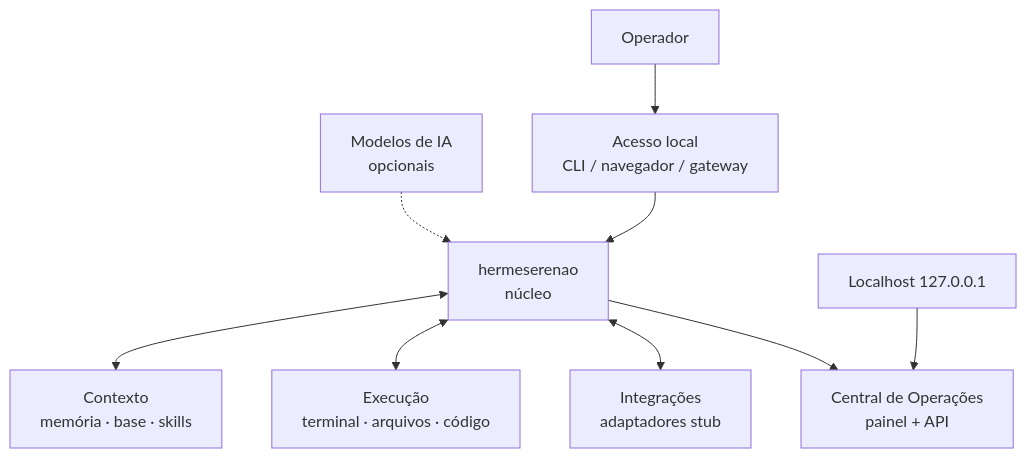
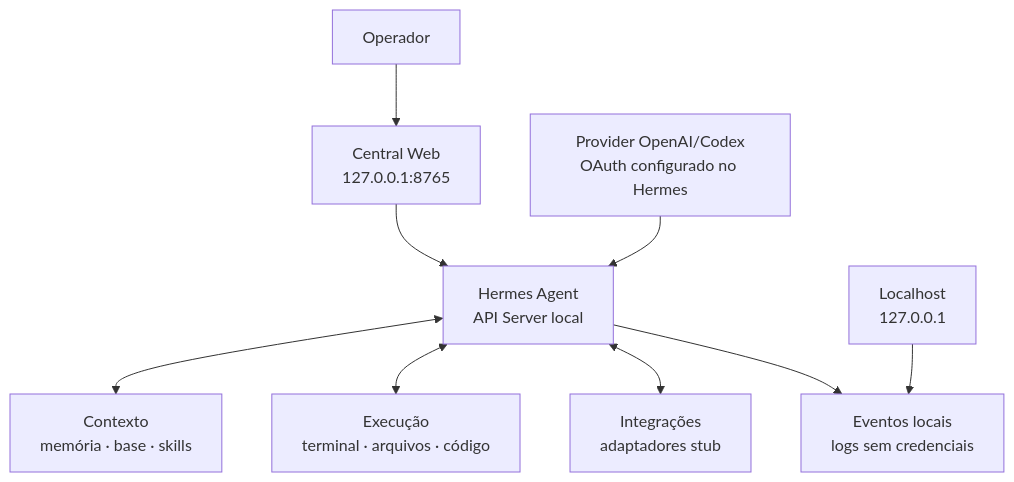
One commit to RenanBetioli/hermeserenao changed the diagram in docs/ARCHITECTURE.md. Above: the diagram before and after it, drawn with Mermaid. The commit also changed other lines of this file and 10 other files, not shown here.

Commit message:
Connect local dashboard to Hermes Agent API

````diff
--- a/docs/ARCHITECTURE.md
+++ b/docs/ARCHITECTURE.md
@@ -5,11 +5,11 @@
 ```mermaid
 flowchart TB
-  USER["Operador"] --> ACCESS["Acesso local<br>CLI / navegador / gateway"]
-  MODELS["Modelos de IA<br>opcionais"] -.-> CORE
-  ACCESS --> CORE["hermeserenao<br>núcleo"]
+  USER["Operador"] --> ACCESS["Central Web<br>127.0.0.1:8765"]
+  ACCESS --> CORE["Hermes Agent<br>API Server local"]
+  MODELS["Provider OpenAI/Codex<br>OAuth configurado no Hermes"] --> CORE
   CORE <--> CONTEXT["Contexto<br>memória · base · skills"]
   CORE <--> EXEC["Execução<br>terminal · arquivos · código"]
   CORE <--> INTEG["Integrações<br>adaptadores stub"]
-  CORE --> CENTRAL["Central de Operações<br>painel + API"]
-  LOCAL["Localhost 127.0.0.1"] --> CENTRAL
+  CORE --> CENTRAL["Eventos locais<br>logs sem credenciais"]
+  LOCAL["Localhost<br>127.0.0.1"] --> CENTRAL
 ```
````
